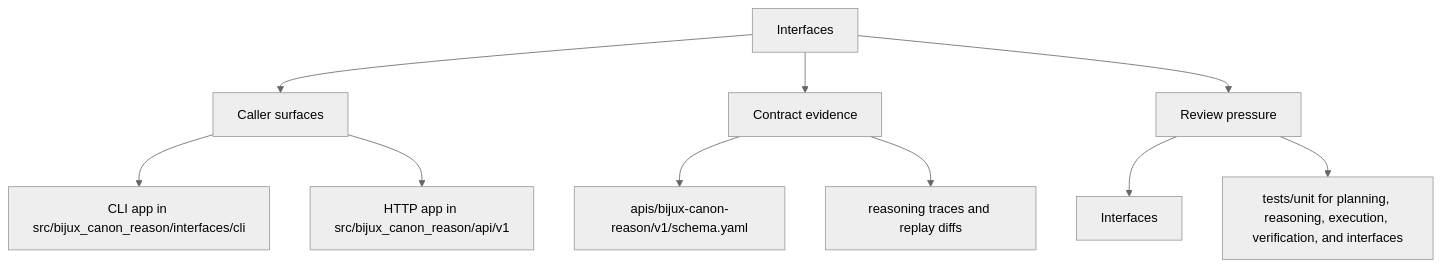
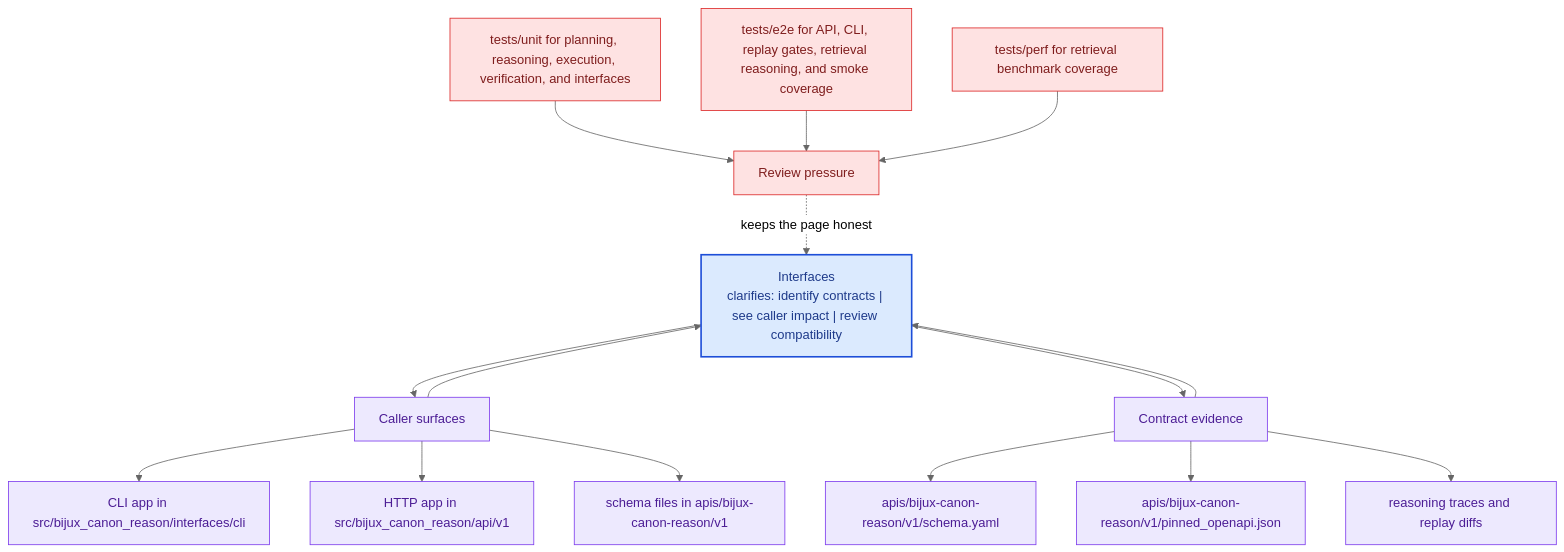
The second of 2 diagrams in docs/bijux-canon-reason/interfaces/index.md (bijux/bijux-canon), drawn with Mermaid (neutral theme) before and after one commit. The commit also changed other lines of this file and 281 other files, not shown here.

Commit message:
docs(diagrams): deepen handbook mermaid maps across the catalog

````diff
--- a/docs/bijux-canon-reason/interfaces/index.md
+++ b/docs/bijux-canon-reason/interfaces/index.md
@@ -32,22 +65,41 @@
 ```mermaid
-flowchart TD
-    page["Interfaces"]
+flowchart TB
+    promise["Interfaces<br/>clarifies: identify contracts | see caller impact | review compatibility"]
+    classDef promise fill:#dbeafe,stroke:#1d4ed8,color:#1e3a8a,stroke-width:2px;
+    classDef driver fill:#dcfce7,stroke:#16a34a,color:#14532d;
+    classDef constraint fill:#fee2e2,stroke:#dc2626,color:#7f1d1d;
+    classDef ground fill:#ede9fe,stroke:#7c3aed,color:#4c1d95;
     focus1["Caller surfaces"]
-    page --> focus1
+    focus1 --> promise
+    promise --> focus1
     focus1_1["CLI app in src/bijux_canon_reason/interfaces/cli"]
     focus1 --> focus1_1
     focus1_2["HTTP app in src/bijux_canon_reason/api/v1"]
     focus1 --> focus1_2
+    focus1_3["schema files in apis/bijux-canon-reason/v1"]
+    focus1 --> focus1_3
+    class focus1 ground;
+    class focus1_1,focus1_2,focus1_3 ground;
     focus2["Contract evidence"]
-    page --> focus2
+    focus2 --> promise
+    promise --> focus2
     focus2_1["apis/bijux-canon-reason/v1/schema.yaml"]
     focus2 --> focus2_1
-    focus2_2["reasoning traces and replay diffs"]
+    focus2_2["apis/bijux-canon-reason/v1/pinned_openapi.json"]
     focus2 --> focus2_2
+    focus2_3["reasoning traces and replay diffs"]
+    focus2 --> focus2_3
+    class focus2 ground;
+    class focus2_1,focus2_2,focus2_3 ground;
     focus3["Review pressure"]
-    page --> focus3
-    focus3_1["Interfaces"]
-    focus3 --> focus3_1
-    focus3_2["tests/unit for planning, reasoning, execution, verification, and interfaces"]
-    focus3 --> focus3_2
+    focus3 -.keeps the page honest.-> promise
+    focus3_1["tests/unit for planning, reasoning, execution, verification, and interfaces"]
+    focus3_1 --> focus3
+    focus3_2["tests/e2e for API, CLI, replay gates, retrieval reasoning, and smoke coverage"]
+    focus3_2 --> focus3
+    focus3_3["tests/perf for retrieval benchmark coverage"]
+    focus3_3 --> focus3
+    class focus3 constraint;
+    class focus3_1,focus3_2,focus3_3 constraint;
+    class promise promise;
 ```
````
